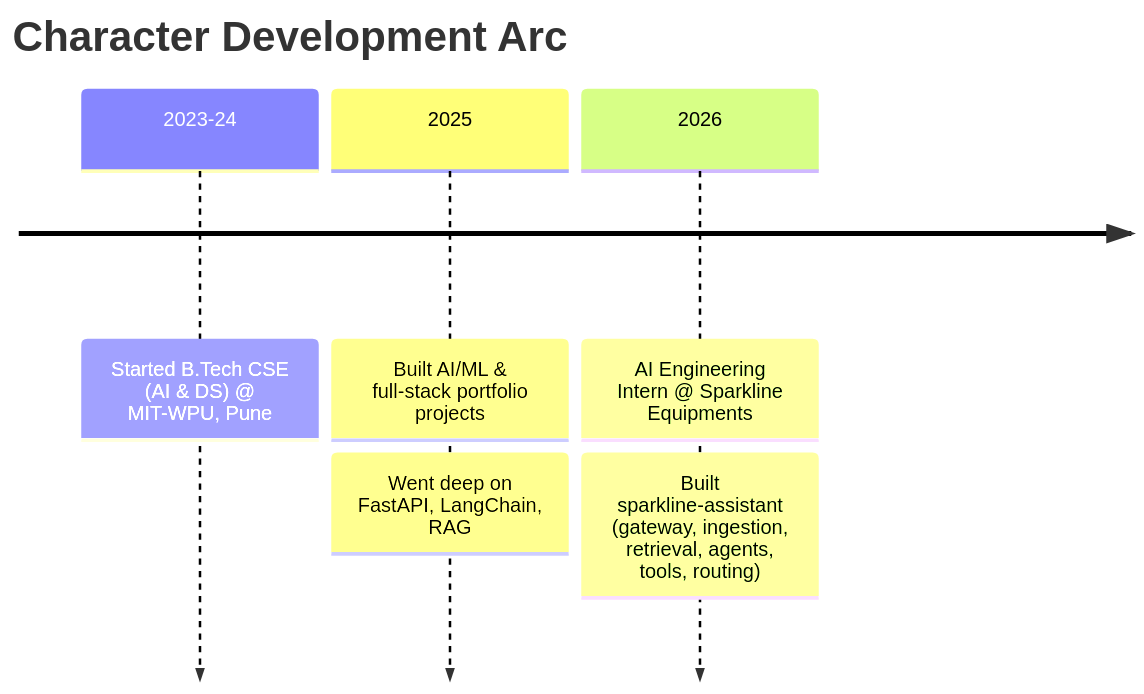
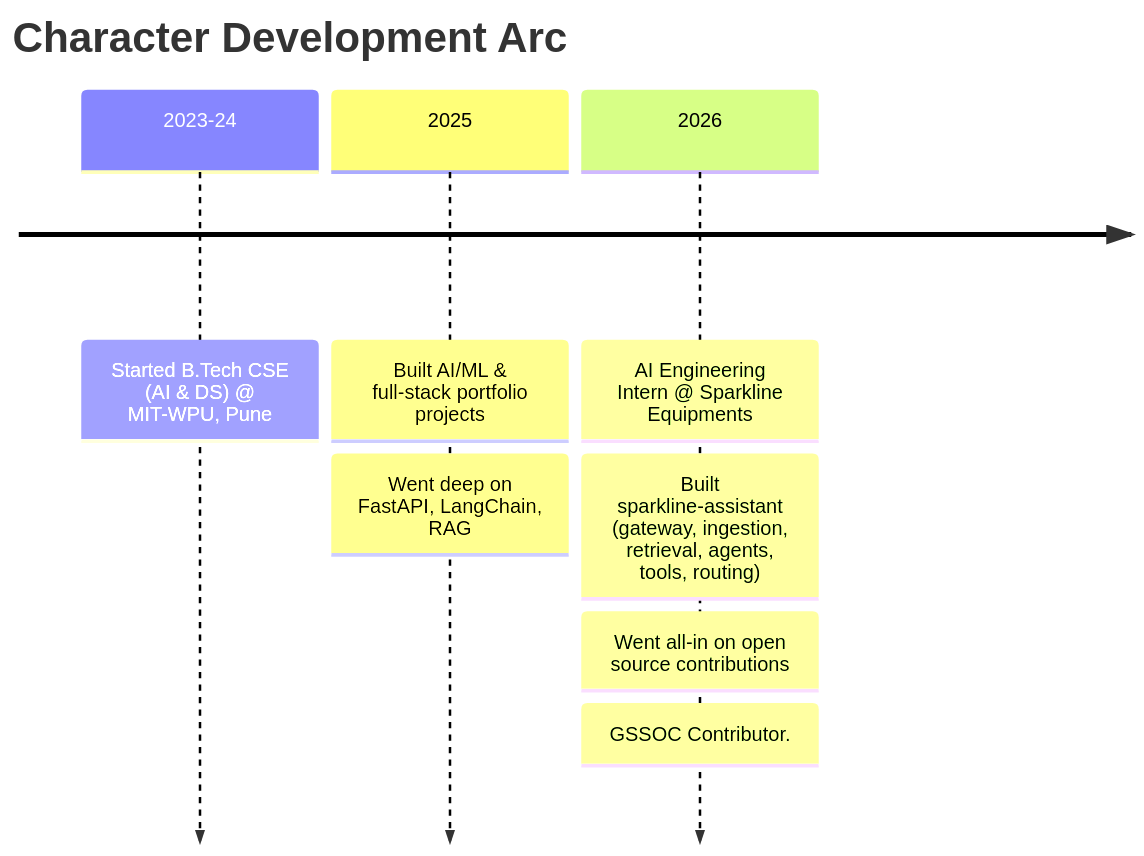
One commit to sidharth-vijayan/sidharth-vijayan changed the diagram in README.md. Above: the diagram before and after it, drawn with Mermaid. The commit also changed other lines of this file, not shown here.

````diff
--- a/README.md
+++ b/README.md
@@ -32,7 +32,7 @@
 ```mermaid
 timeline
     title Character Development Arc
     2023-24 : Started B.Tech CSE (AI & DS) @ MIT-WPU, Pune
     2025 : Built AI/ML & full-stack portfolio projects : Went deep on FastAPI, LangChain, RAG
-    2026 : AI Engineering Intern @ Sparkline Equipments : Built sparkline-assistant (gateway, ingestion, retrieval, agents, tools, routing) 
+    2026 : AI Engineering Intern @ Sparkline Equipments : Built sparkline-assistant (gateway, ingestion, retrieval, agents, tools, routing) : Went all-in on open source contributions : GSSOC Contributor.
 ```
````
